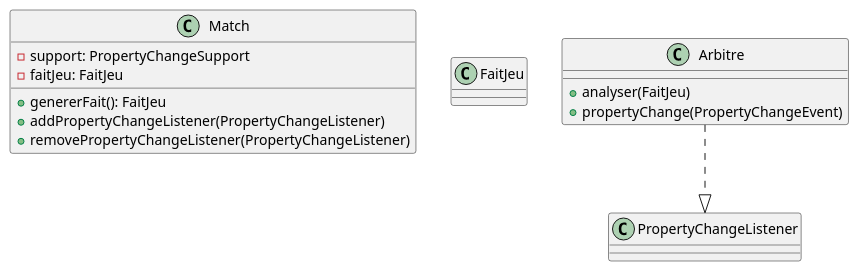
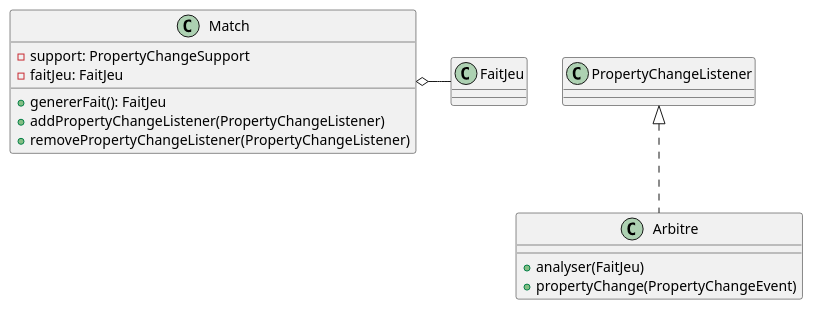
The diagram in src/uml/listener.puml (jandry/design-pattern), drawn with PlantUML before and after one commit. The commit also changed 1 other file, not shown here.

```diff
--- a/src/uml/listener.puml
+++ b/src/uml/listener.puml
@@ -1,20 +1,21 @@
 @startuml Listener
 
 class Match {
     - support: PropertyChangeSupport
     - faitJeu: FaitJeu
     + genererFait(): FaitJeu
     + addPropertyChangeListener(PropertyChangeListener)
     + removePropertyChangeListener(PropertyChangeListener)
 }
 
 class FaitJeu
 
 class Arbitre {
     + analyser(FaitJeu)
     + propertyChange(PropertyChangeEvent)
 }
 
-Arbitre..|>PropertyChangeListener
+Arbitre .up.|> PropertyChangeListener
+FaitJeu -left-o Match
 
 @enduml
```
